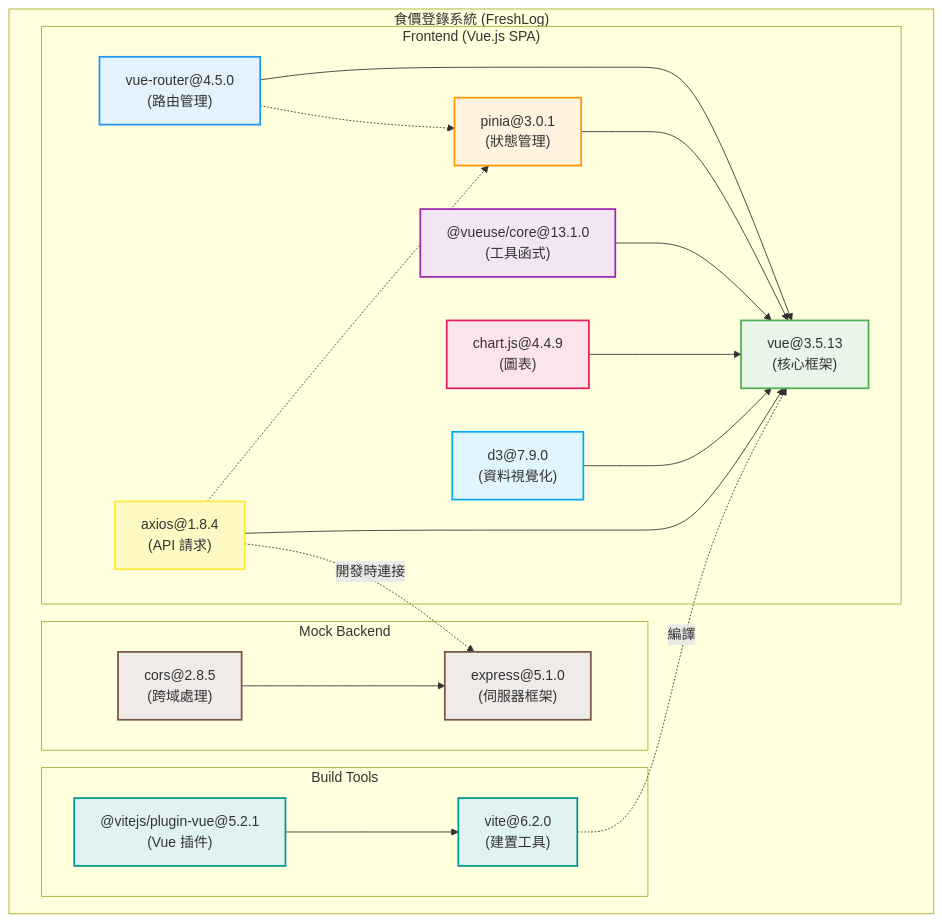
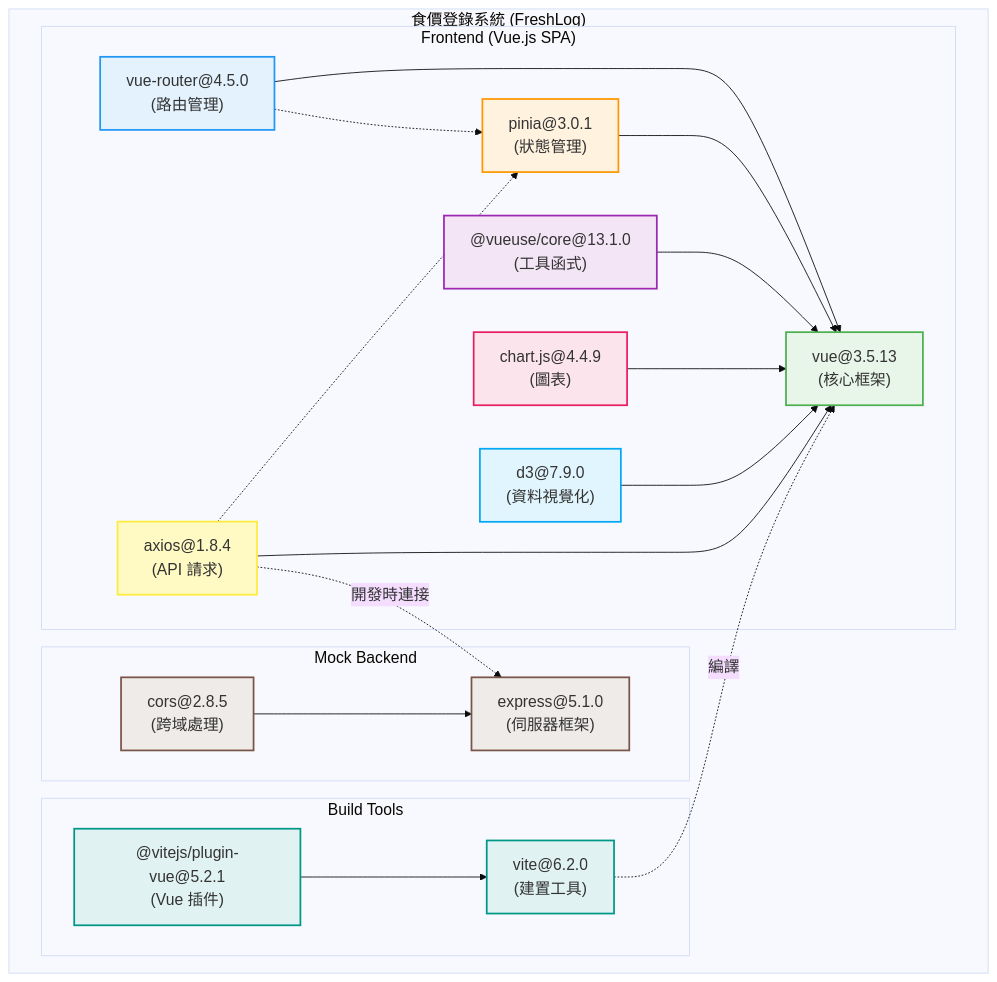
Before and after one commit to SHEN000/FreshLog: the second of 2 diagrams in 7-2_套件說明.md, drawn with Mermaid. The commit also changed 2 other files, not shown here.

Commit message:
save for doc5

````diff
--- a/7-2_套件說明.md
+++ b/7-2_套件說明.md
@@ -174,66 +174,67 @@
 ```mermaid
+%%{init: {'theme':'base', 'themeVariables': { 'fontSize':'18px', 'fontFamily':'Arial'}}}%%
 graph TB
     subgraph FreshLog["食價登錄系統 (FreshLog)"]
 
         subgraph Frontend["Frontend (Vue.js SPA)"]
             Vue["vue@3.5.13<br/>(核心框架)"]
             VueRouter["vue-router@4.5.0<br/>(路由管理)"]
             Pinia["pinia@3.0.1<br/>(狀態管理)"]
             VueUse["@vueuse/core@13.1.0<br/>(工具函式)"]
             ChartJS["chart.js@4.4.9<br/>(圖表)"]
             D3["d3@7.9.0<br/>(資料視覺化)"]
             Axios["axios@1.8.4<br/>(API 請求)"]
         end
 
         subgraph MockBackend["Mock Backend"]
             Express["express@5.1.0<br/>(伺服器框架)"]
             Cors["cors@2.8.5<br/>(跨域處理)"]
         end
 
         subgraph BuildTools["Build Tools"]
             Vite["vite@6.2.0<br/>(建置工具)"]
             VitePlugin["@vitejs/plugin-vue@5.2.1<br/>(Vue 插件)"]
         end
     end
 
     %% 核心依賴關係
     VueRouter --> Vue
     Pinia --> Vue
     VueUse --> Vue
     ChartJS --> Vue
     D3 --> Vue
     Axios --> Vue
 
     %% 交互關係
     VueRouter -.-> Pinia
     Axios -.-> Pinia
 
     %% Mock Backend
     Cors --> Express
     Axios -.開發時連接.-> Express
 
     %% Build Tools
     VitePlugin --> Vite
     Vite -.編譯.-> Vue
 
     %% 樣式定義
     classDef coreStyle fill:#E8F5E9,stroke:#4CAF50,stroke-width:2px
     classDef routingStyle fill:#E3F2FD,stroke:#2196F3,stroke-width:2px
     classDef stateStyle fill:#FFF3E0,stroke:#FF9800,stroke-width:2px
     classDef utilStyle fill:#F3E5F5,stroke:#9C27B0,stroke-width:2px
     classDef chartStyle fill:#FCE4EC,stroke:#E91E63,stroke-width:2px
     classDef dataStyle fill:#E1F5FE,stroke:#03A9F4,stroke-width:2px
     classDef apiStyle fill:#FFF9C4,stroke:#FFEB3B,stroke-width:2px
     classDef mockStyle fill:#EFEBE9,stroke:#795548,stroke-width:2px
     classDef buildStyle fill:#E0F2F1,stroke:#009688,stroke-width:2px
 
     class Vue coreStyle
     class VueRouter routingStyle
     class Pinia stateStyle
     class VueUse utilStyle
     class ChartJS chartStyle
     class D3 dataStyle
     class Axios apiStyle
     class Express,Cors mockStyle
     class Vite,VitePlugin buildStyle
 ```
````
